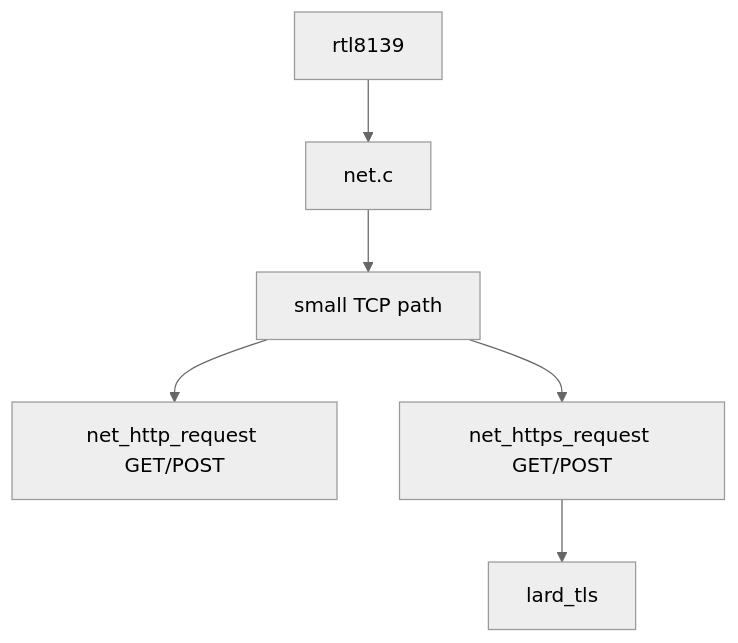
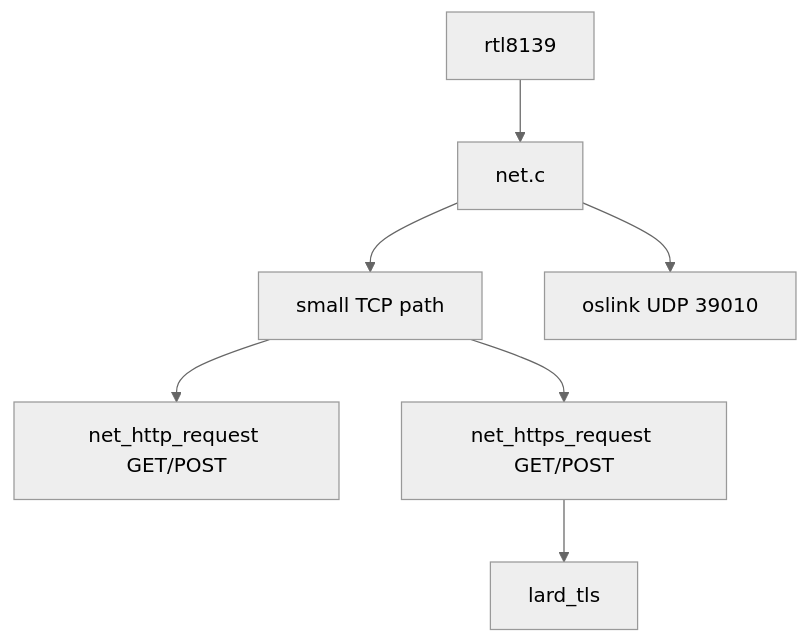
Before and after one commit to jgchoimd-web/lardos: the fourth of 4 diagrams in os/ARCHITECTURE.md, drawn with Mermaid (neutral theme). The commit also changed other lines of this file and 13 other files, not shown here.

````diff
--- a/os/ARCHITECTURE.md
+++ b/os/ARCHITECTURE.md
@@ -110,13 +112,15 @@
 ```mermaid
 flowchart TB
     RTL["rtl8139"]
     Net["net.c"]
     TCP["small TCP path"]
     HTTP["net_http_request GET/POST"]
     HTTPS["net_https_request GET/POST"]
+    OSLink["oslink UDP 39010"]
     TLS["lard_tls"]
 
     RTL --> Net --> TCP
+    Net --> OSLink
     TCP --> HTTP
     TCP --> HTTPS --> TLS
 ```
````
